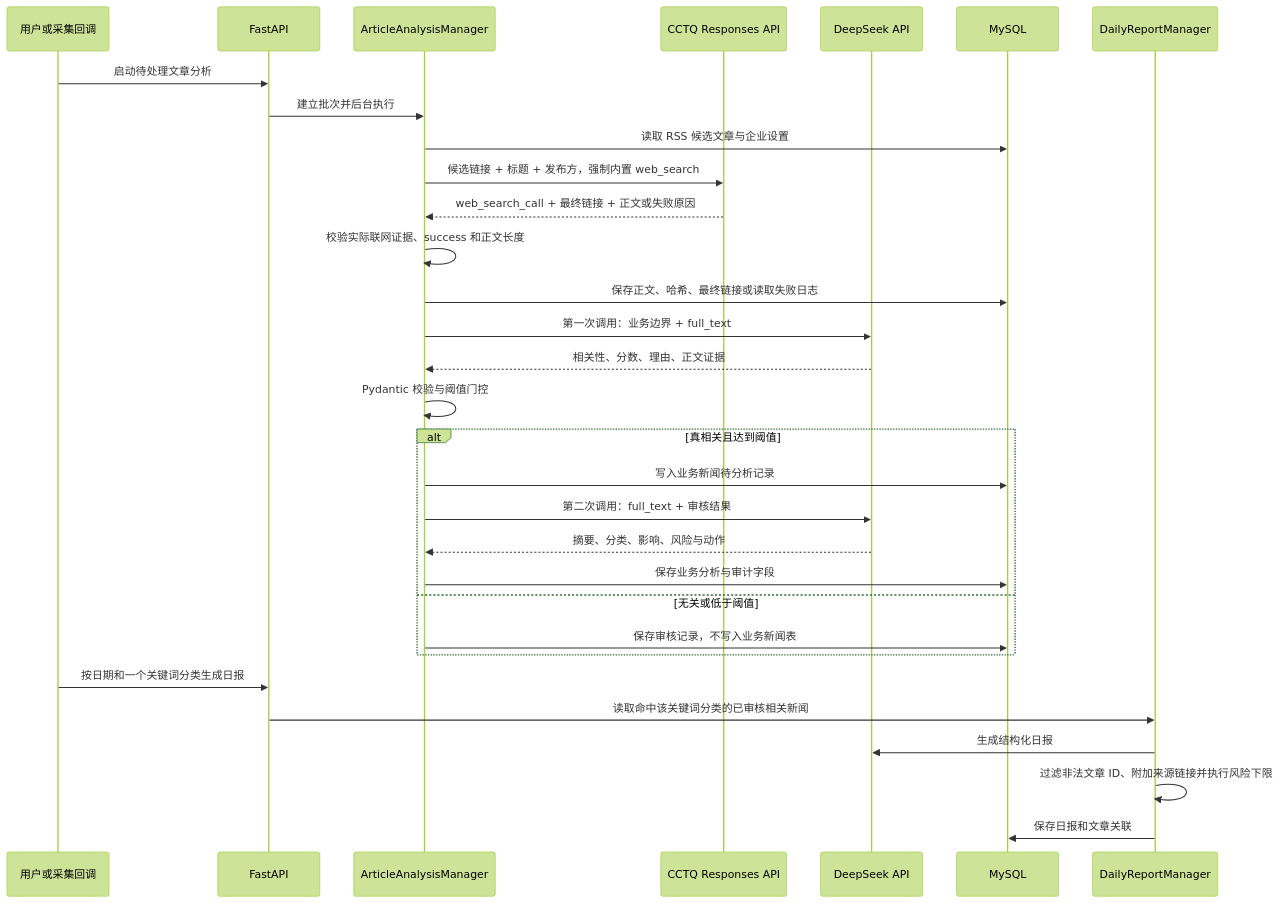
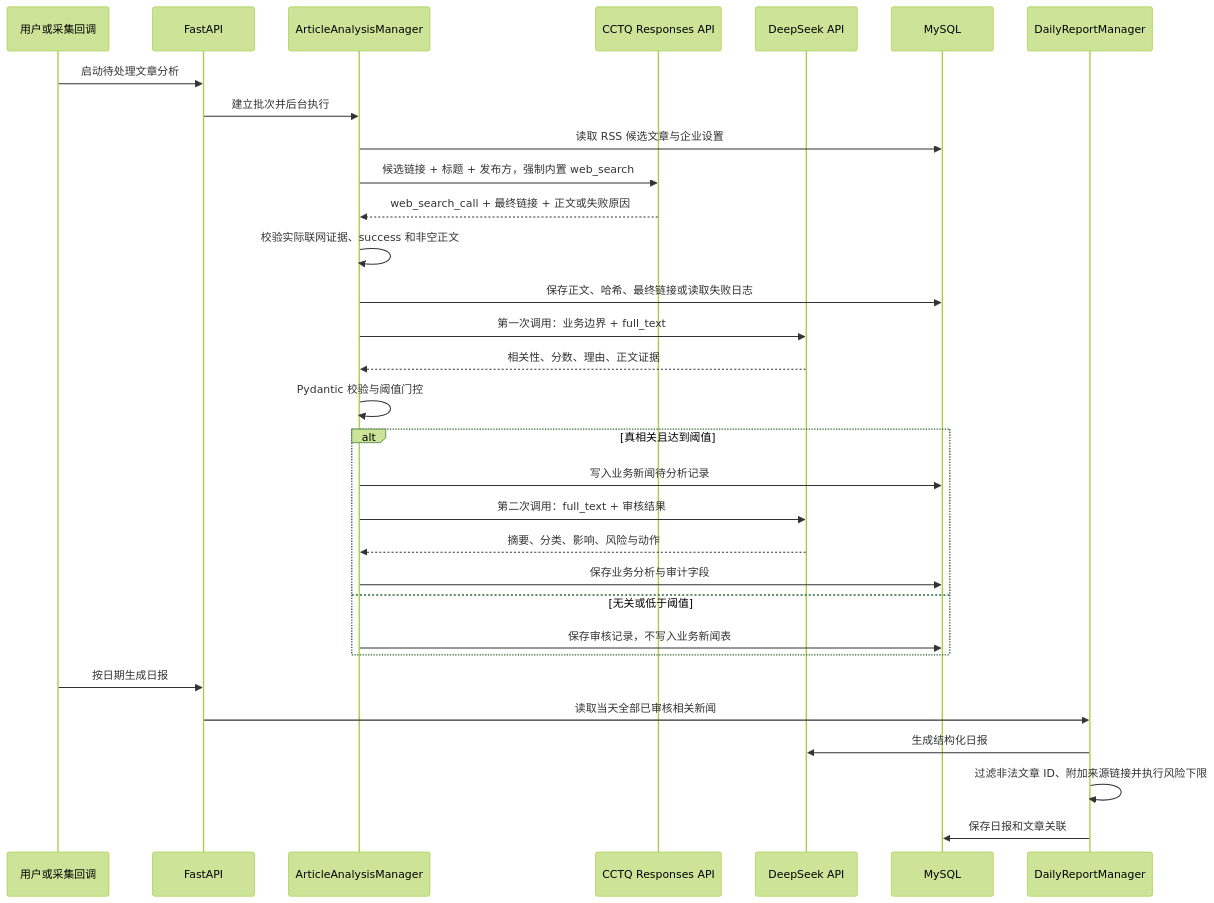
One commit to shiye1213/intco-rss-collector changed the third of 3 diagrams in docs/architecture.md. Above: the diagram before and after it, drawn with Mermaid (forest theme). The commit also changed other lines of this file and 25 other files, not shown here.

````diff
--- a/docs/architecture.md
+++ b/docs/architecture.md
@@ -83,34 +83,34 @@
 ```mermaid
 sequenceDiagram
     participant User as 用户或采集回调
     participant API as FastAPI
     participant Analysis as ArticleAnalysisManager
     participant OpenAI as CCTQ Responses API
     participant DeepSeek as DeepSeek API
     participant DB as MySQL
     participant Report as DailyReportManager
 
     User->>API: 启动待处理文章分析
     API->>Analysis: 建立批次并后台执行
     Analysis->>DB: 读取 RSS 候选文章与企业设置
     Analysis->>OpenAI: 候选链接 + 标题 + 发布方，强制内置 web_search
     OpenAI-->>Analysis: web_search_call + 最终链接 + 正文或失败原因
-    Analysis->>Analysis: 校验实际联网证据、success 和正文长度
+    Analysis->>Analysis: 校验实际联网证据、success 和非空正文
     Analysis->>DB: 保存正文、哈希、最终链接或读取失败日志
     Analysis->>DeepSeek: 第一次调用：业务边界 + full_text
     DeepSeek-->>Analysis: 相关性、分数、理由、正文证据
     Analysis->>Analysis: Pydantic 校验与阈值门控
     alt 真相关且达到阈值
         Analysis->>DB: 写入业务新闻待分析记录
         Analysis->>DeepSeek: 第二次调用：full_text + 审核结果
         DeepSeek-->>Analysis: 摘要、分类、影响、风险与动作
         Analysis->>DB: 保存业务分析与审计字段
     else 无关或低于阈值
         Analysis->>DB: 保存审核记录，不写入业务新闻表
     end
-    User->>API: 按日期和一个关键词分类生成日报
-    API->>Report: 读取命中该关键词分类的已审核相关新闻
+    User->>API: 按日期生成日报
+    API->>Report: 读取当天全部已审核相关新闻
     Report->>DeepSeek: 生成结构化日报
     Report->>Report: 过滤非法文章 ID、附加来源链接并执行风险下限
     Report->>DB: 保存日报和文章关联
 ```
````
